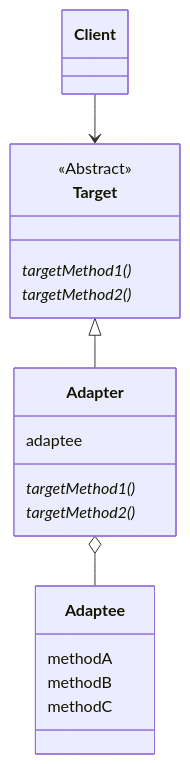
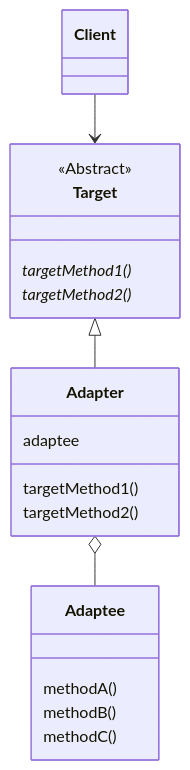
Before and after one commit to nonsugar-go/study: the second of 2 diagrams in programming/ood/design-patterns/adapter.md, drawn with Mermaid. The commit also changed other lines of this file, not shown here.

````diff
--- a/programming/ood/design-patterns/adapter.md
+++ b/programming/ood/design-patterns/adapter.md
@@ -3,21 +23,21 @@
 ```mermaid
 classDiagram
     Client --> Target
     Target <|-- Adapter
     Adapter o-- Adaptee
     class Target{
         <<Abstract>>
         targetMethod1()*
         targetMethod2()*
     }
     class Adapter{
         adaptee
-        targetMethod1()*
-        targetMethod2()*
+        targetMethod1()
+        targetMethod2()
     }
     class Adaptee{
-        methodA
-        methodB
-        methodC
+        methodA()
+        methodB()
+        methodC()
     }
 ```
````
